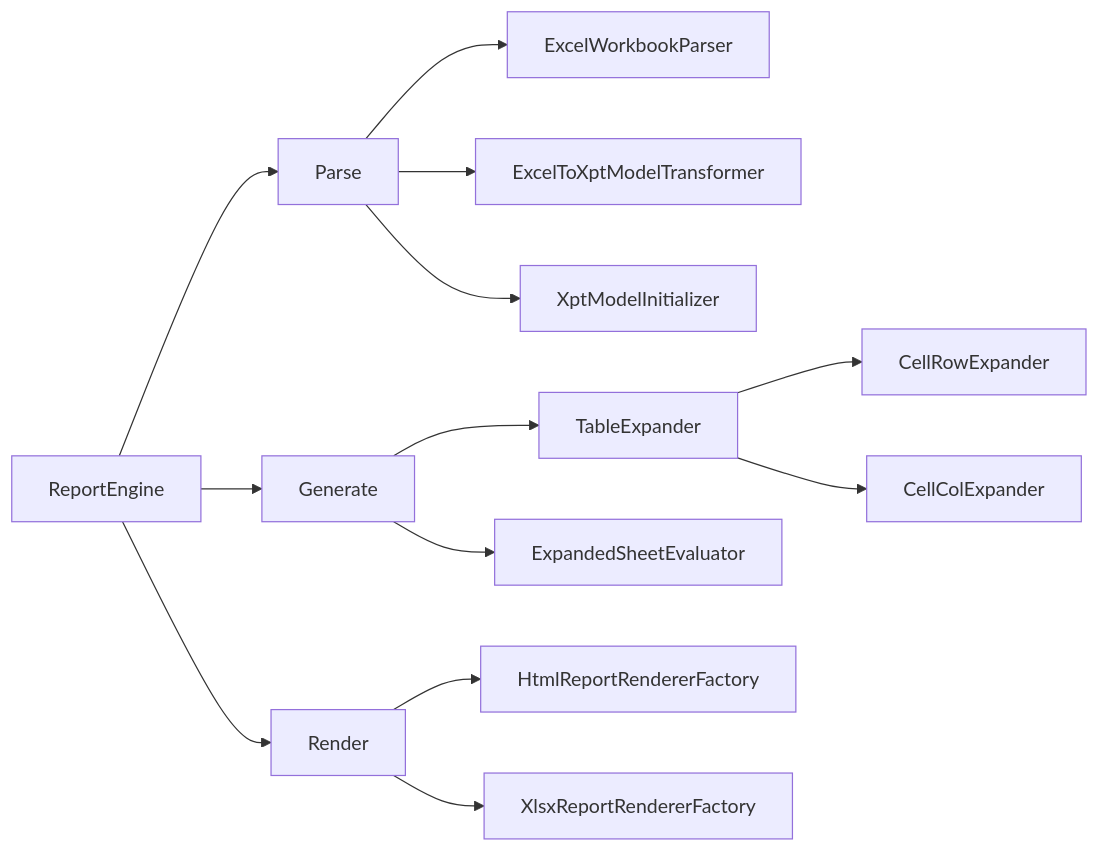
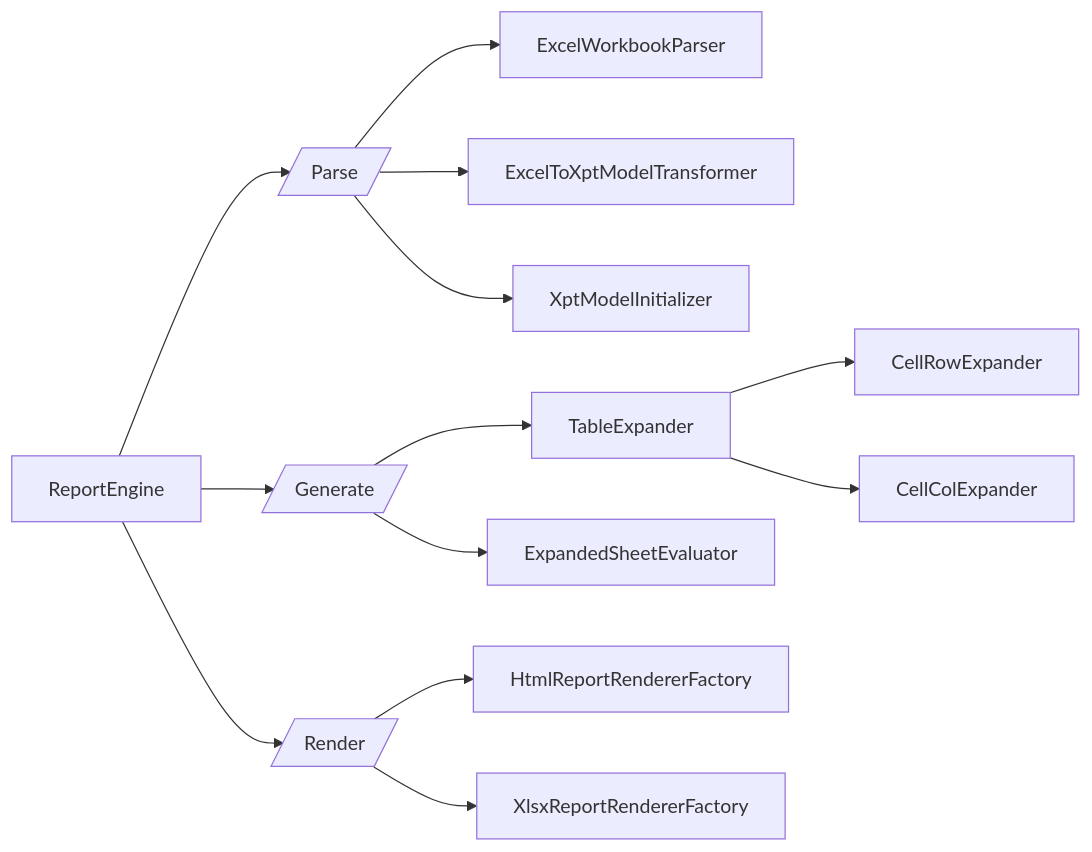
Before and after one commit to entropy-cloud/nop-entropy: the second of 7 diagrams in docs/dev-guide/report/report-design.md, drawn with Mermaid. The commit also changed other lines of this file and 5 other files, not shown here.

`````diff
--- a/docs/dev-guide/report/report-design.md
+++ b/docs/dev-guide/report/report-design.md
@@ -73,17 +73,17 @@
 ````mermaid
    graph LR
-      ReportEngine --> Parse
-      ReportEngine --> Generate
-      ReportEngine --> Render
-      Parse --> ExcelWorkbookParser
-      Parse --> ExcelToXptModelTransformer
-      Parse --> XptModelInitializer
+      ReportEngine --> a1[/Parse/]
+      ReportEngine --> a2[/Generate/]
+      ReportEngine --> a3[/Render/]
+      a1[/Parse/] --> ExcelWorkbookParser
+      a1[/Parse/] --> ExcelToXptModelTransformer
+      a1[/Parse/] --> XptModelInitializer
 
-      Generate --> TableExpander
+      a2[/Generate/] --> TableExpander
       TableExpander --> CellRowExpander
       TableExpander --> CellColExpander
-      Generate --> ExpandedSheetEvaluator
+      a2[/Generate/] --> ExpandedSheetEvaluator
 
-      Render --> HtmlReportRendererFactory
-      Render --> XlsxReportRendererFactory
+      a3[/Render/] --> HtmlReportRendererFactory
+      a3[/Render/] --> XlsxReportRendererFactory
 ````      
`````
